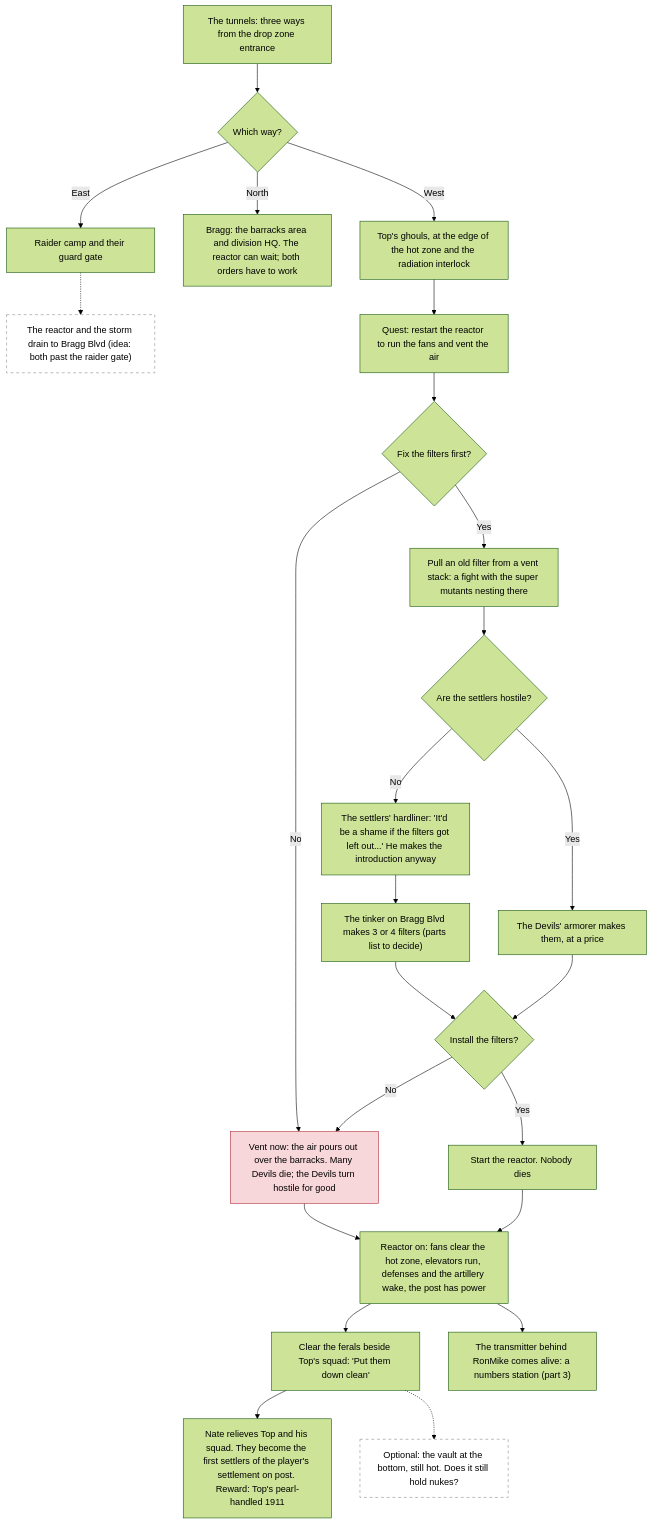
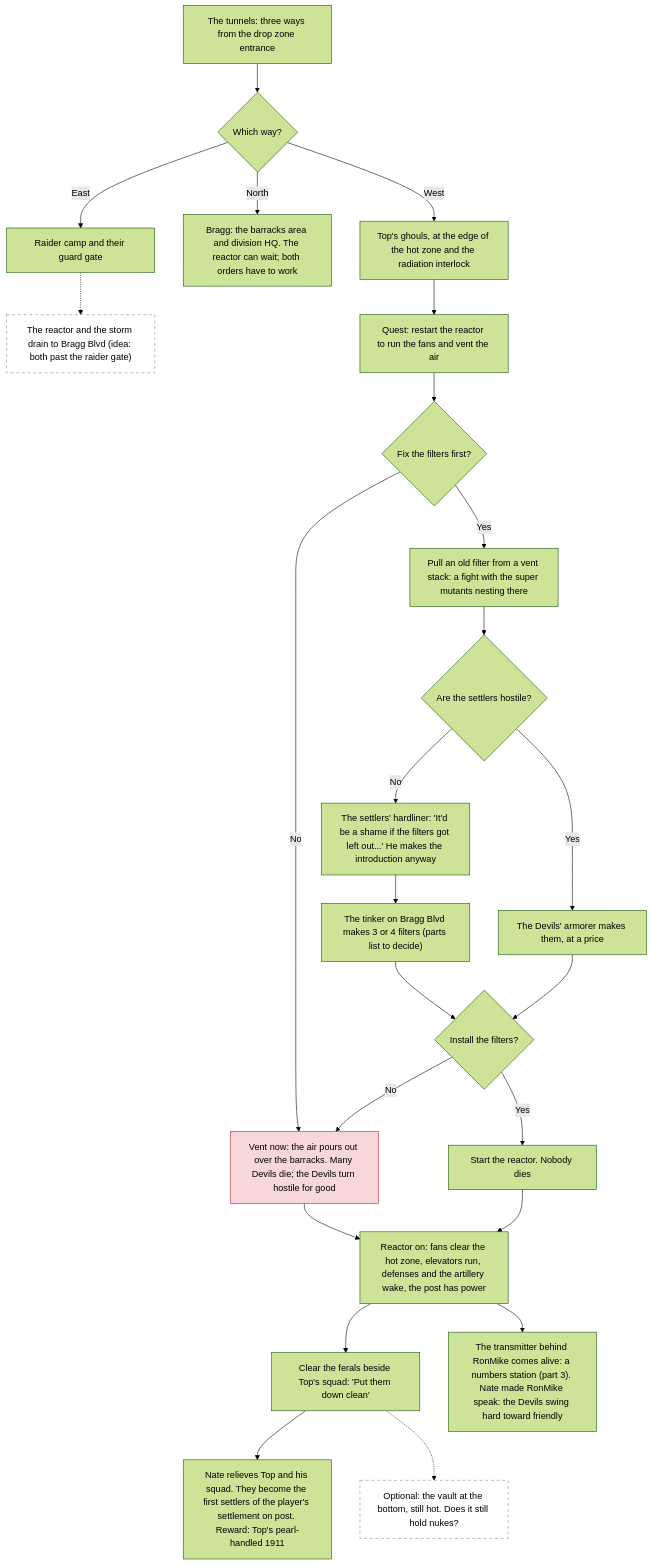
The second of 3 diagrams in DECISION_TREE.md (82dsoldier/DevilsInTheDetails), drawn with Mermaid (forest theme) before and after one commit. The commit also changed other lines of this file and 1 other file, not shown here.

````diff
--- a/DECISION_TREE.md
+++ b/DECISION_TREE.md
@@ -46,29 +46,29 @@
 ```mermaid
 flowchart TD
     T0["The tunnels: three ways from the drop zone entrance"] --> T1{"Which way?"}
     T1 -->|East| E1["Raider camp and their guard gate"]
     E1 -.-> E2["The reactor and the storm drain to Bragg Blvd (idea: both past the raider gate)"]:::open
     T1 -->|North| N1["Bragg: the barracks area and division HQ. The reactor can wait; both orders have to work"]
     T1 -->|West| W1["Top's ghouls, at the edge of the hot zone and the radiation interlock"]
     W1 --> W2["Quest: restart the reactor to run the fans and vent the air"]
     W2 --> F1{"Fix the filters first?"}
     F1 -->|No| X1["Vent now: the air pours out over the barracks. Many Devils die; the Devils turn hostile for good"]:::hostile
     F1 -->|Yes| F2["Pull an old filter from a vent stack: a fight with the super mutants nesting there"]
     F2 --> F3{"Are the settlers hostile?"}
     F3 -->|No| F4["The settlers' hardliner: 'It'd be a shame if the filters got left out...' He makes the introduction anyway"]
     F4 --> F5["The tinker on Bragg Blvd makes 3 or 4 filters (parts list to decide)"]
     F3 -->|Yes| F6["The Devils' armorer makes them, at a price"]
     F5 --> F7{"Install the filters?"}
     F6 --> F7
     F7 -->|No| X1
     F7 -->|Yes| F8["Start the reactor. Nobody dies"]
     X1 --> P1["Reactor on: fans clear the hot zone, elevators run, defenses and the artillery wake, the post has power"]
     F8 --> P1
     P1 --> P2["Clear the ferals beside Top's squad: 'Put them down clean'"]
     P2 --> P3["Nate relieves Top and his squad. They become the first settlers of the player's settlement on post. Reward: Top's pearl-handled 1911"]
-    P1 --> P4["The transmitter behind RonMike comes alive: a numbers station (part 3)"]
+    P1 --> P4["The transmitter behind RonMike comes alive: a numbers station (part 3). Nate made RonMike speak: the Devils swing hard toward friendly"]
     P2 -.-> P5["Optional: the vault at the bottom, still hot. Does it still hold nukes?"]:::open
 
     classDef hostile fill:#f8d7da,stroke:#b02a37,color:#000
     classDef open fill:#fff,stroke:#888,stroke-dasharray:5 5,color:#000
 ```
````
